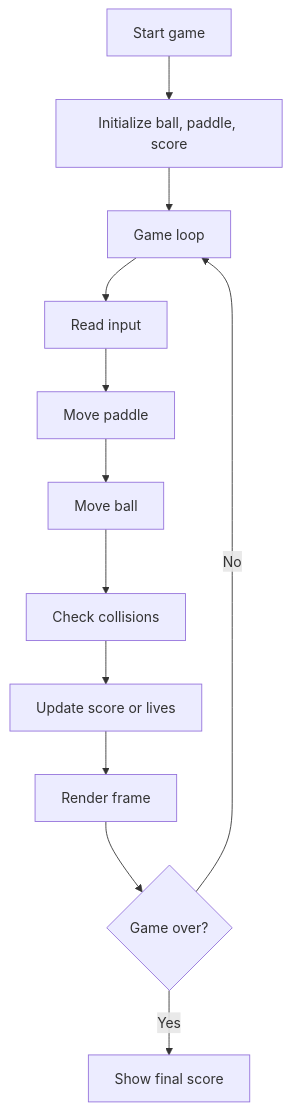
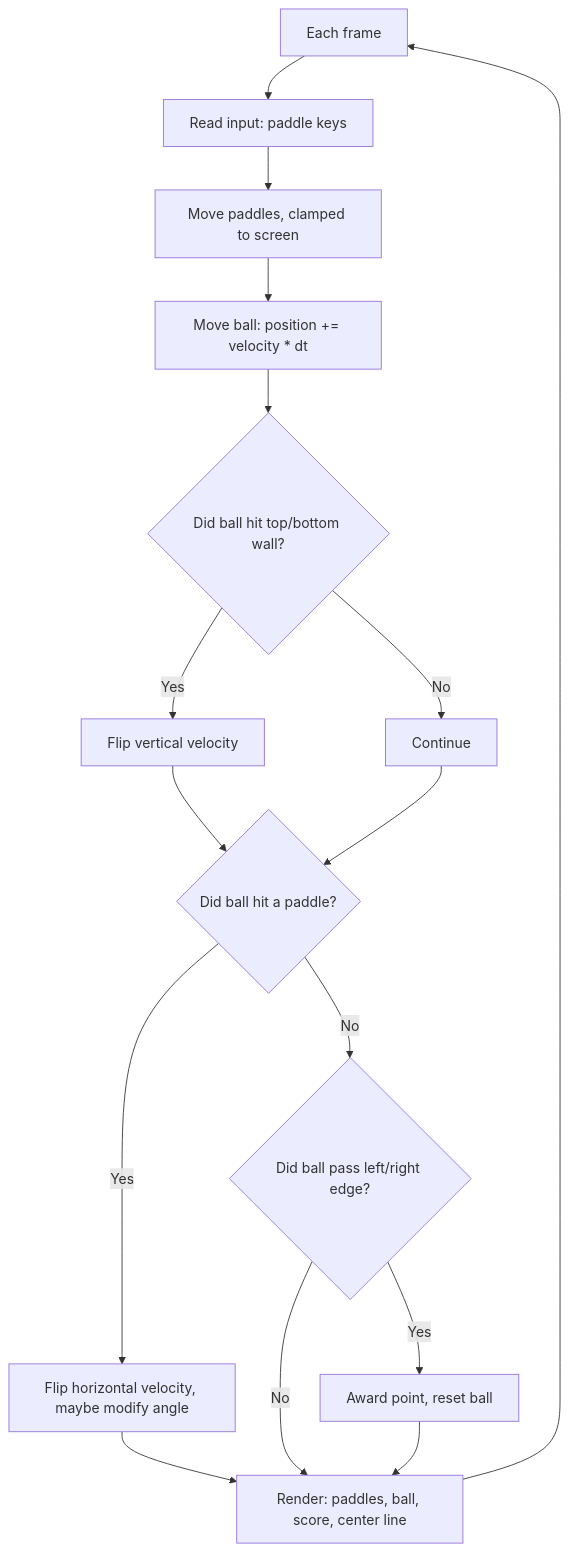
The diagram in labs/lab-09-console-paddle-game.md (rmalkevy/Programming-Practice-Projects), drawn with Mermaid before and after one commit. The commit also changed other lines of this file and 2 other files, not shown here.

````diff
--- a/labs/lab-09-console-paddle-game.md
+++ b/labs/lab-09-console-paddle-game.md
@@ -36,14 +50,18 @@
 ```mermaid
 flowchart TD
-    A[Start game] --> B[Initialize ball, paddle, score]
-    B --> C[Game loop]
-    C --> D[Read input]
-    D --> E[Move paddle]
-    E --> F[Move ball]
-    F --> G[Check collisions]
-    G --> H[Update score or lives]
-    H --> I[Render frame]
-    I --> J{Game over?}
-    J -- No --> C
-    J -- Yes --> K[Show final score]
+    A[Each frame] --> B[Read input: paddle keys]
+    B --> C[Move paddles, clamped to screen]
+    C --> D[Move ball: position += velocity * dt]
+    D --> E{Did ball hit top/bottom wall?}
+    E -- Yes --> F[Flip vertical velocity]
+    E -- No --> G[Continue]
+    F --> H{Did ball hit a paddle?}
+    G --> H
+    H -- Yes --> I[Flip horizontal velocity, maybe modify angle]
+    H -- No --> J{Did ball pass left/right edge?}
+    I --> K[Render: paddles, ball, score, center line]
+    J -- Yes --> L[Award point, reset ball]
+    J -- No --> K
+    L --> K
+    K --> A
 ```
````
